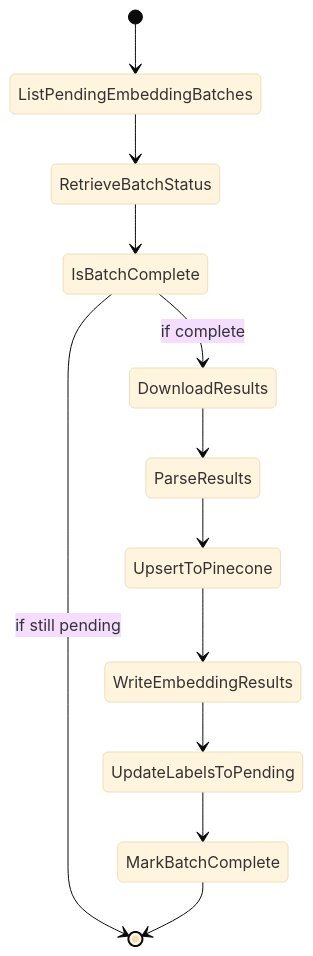
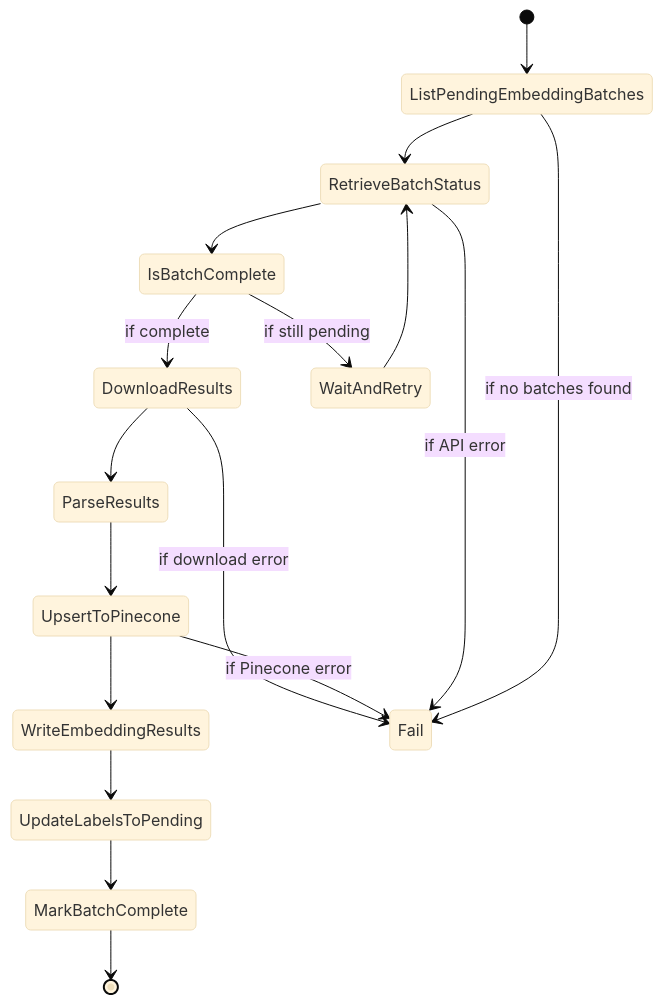
The diagram in receipt_label/receipt_label/poll_embedding_batch/README.md (tnorlund/Portfolio), drawn with Mermaid (base theme) before and after one commit. The commit also changed other lines of this file and 2 other files, not shown here.

Commit message:
✍️ Starting polling

````diff
--- a/receipt_label/receipt_label/poll_embedding_batch/README.md
+++ b/receipt_label/receipt_label/poll_embedding_batch/README.md
@@ -3,14 +5,21 @@
 ```mermaid
 stateDiagram-v2
     [*] --> ListPendingEmbeddingBatches
     ListPendingEmbeddingBatches --> RetrieveBatchStatus
     RetrieveBatchStatus --> IsBatchComplete
     IsBatchComplete --> DownloadResults : if complete
-    IsBatchComplete --> [*] : if still pending
+    IsBatchComplete --> WaitAndRetry : if still pending
+    WaitAndRetry --> RetrieveBatchStatus
+
     DownloadResults --> ParseResults
     ParseResults --> UpsertToPinecone
     UpsertToPinecone --> WriteEmbeddingResults
     WriteEmbeddingResults --> UpdateLabelsToPending
     UpdateLabelsToPending --> MarkBatchComplete
     MarkBatchComplete --> [*]
+
+    DownloadResults --> Fail : if download error
+    UpsertToPinecone --> Fail : if Pinecone error
+    RetrieveBatchStatus --> Fail : if API error
+    ListPendingEmbeddingBatches --> Fail : if no batches found
 ```
````
